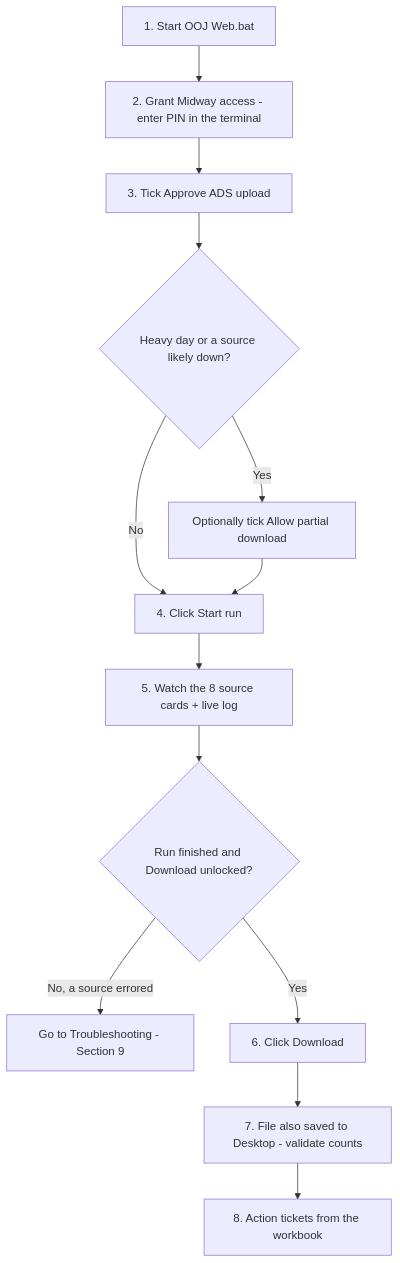
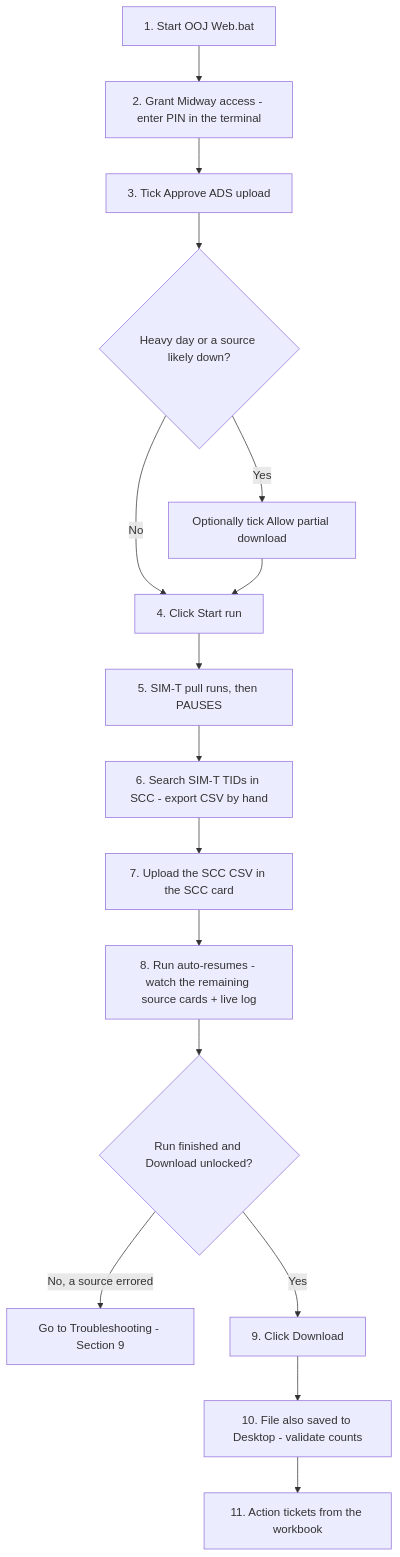
Before and after one commit to debashiskbrj/Kiro-OOJ-Automation: the first of 5 diagrams in Docs/SOP-OOJ-Automation.md, drawn with Mermaid. The commit also changed other lines of this file and 14 other files, not shown here.

First line of the commit message:
docs: Update README and Docs to the current manual-SCC flow

````diff
--- a/Docs/SOP-OOJ-Automation.md
+++ b/Docs/SOP-OOJ-Automation.md
@@ -83,15 +88,18 @@
 ```mermaid
 flowchart TD
     S1["1. Start OOJ Web.bat"] --> S2["2. Grant Midway access - enter PIN in the terminal"]
     S2 --> S3["3. Tick Approve ADS upload"]
     S3 --> S3b{"Heavy day or a source likely down?"}
     S3b -- Yes --> S3c["Optionally tick Allow partial download"]
     S3b -- No --> S4
     S3c --> S4["4. Click Start run"]
-    S4 --> S5["5. Watch the 8 source cards + live log"]
-    S5 --> S6{"Run finished and Download unlocked?"}
+    S4 --> S5["5. SIM-T pull runs, then PAUSES"]
+    S5 --> S5b["6. Search SIM-T TIDs in SCC - export CSV by hand"]
+    S5b --> S5c["7. Upload the SCC CSV in the SCC card"]
+    S5c --> S5d["8. Run auto-resumes - watch the remaining source cards + live log"]
+    S5d --> S6{"Run finished and Download unlocked?"}
     S6 -- No, a source errored --> F["Go to Troubleshooting - Section 9"]
-    S6 -- Yes --> S7["6. Click Download"]
-    S7 --> S8["7. File also saved to Desktop - validate counts"]
-    S8 --> S9["8. Action tickets from the workbook"]
+    S6 -- Yes --> S7["9. Click Download"]
+    S7 --> S8["10. File also saved to Desktop - validate counts"]
+    S8 --> S9["11. Action tickets from the workbook"]
 ```
````
